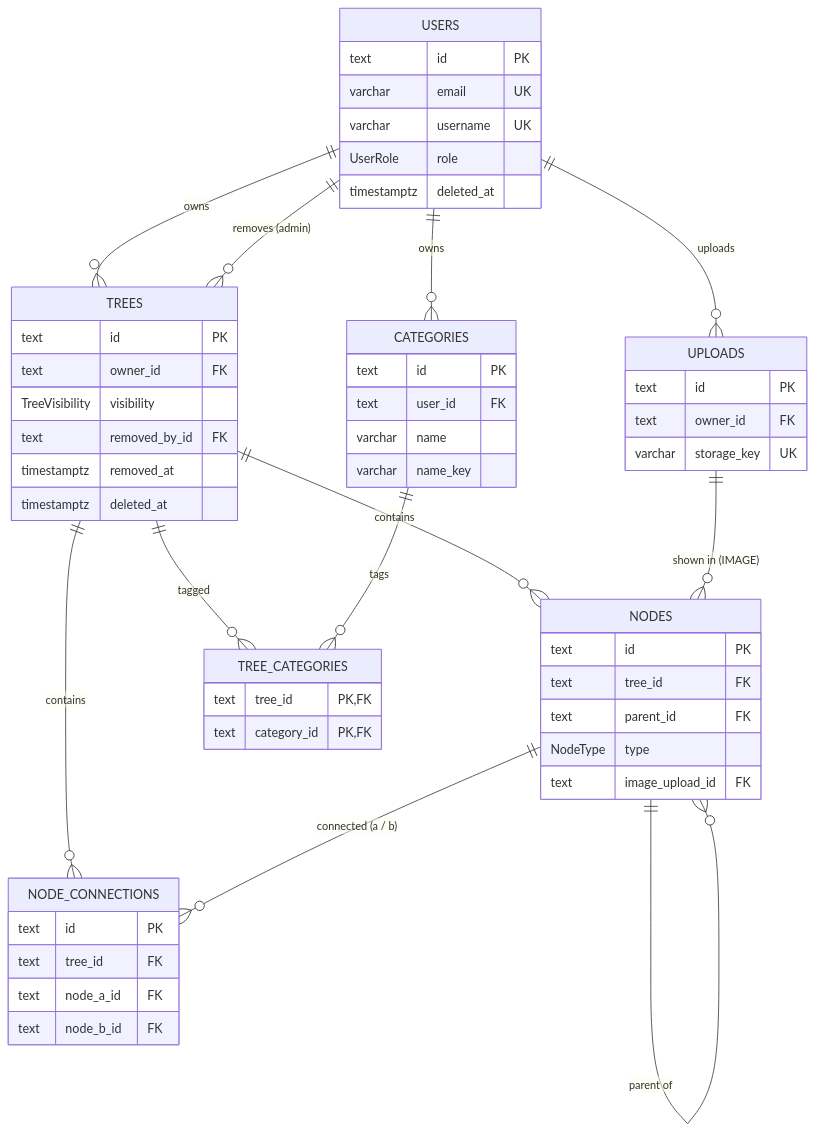
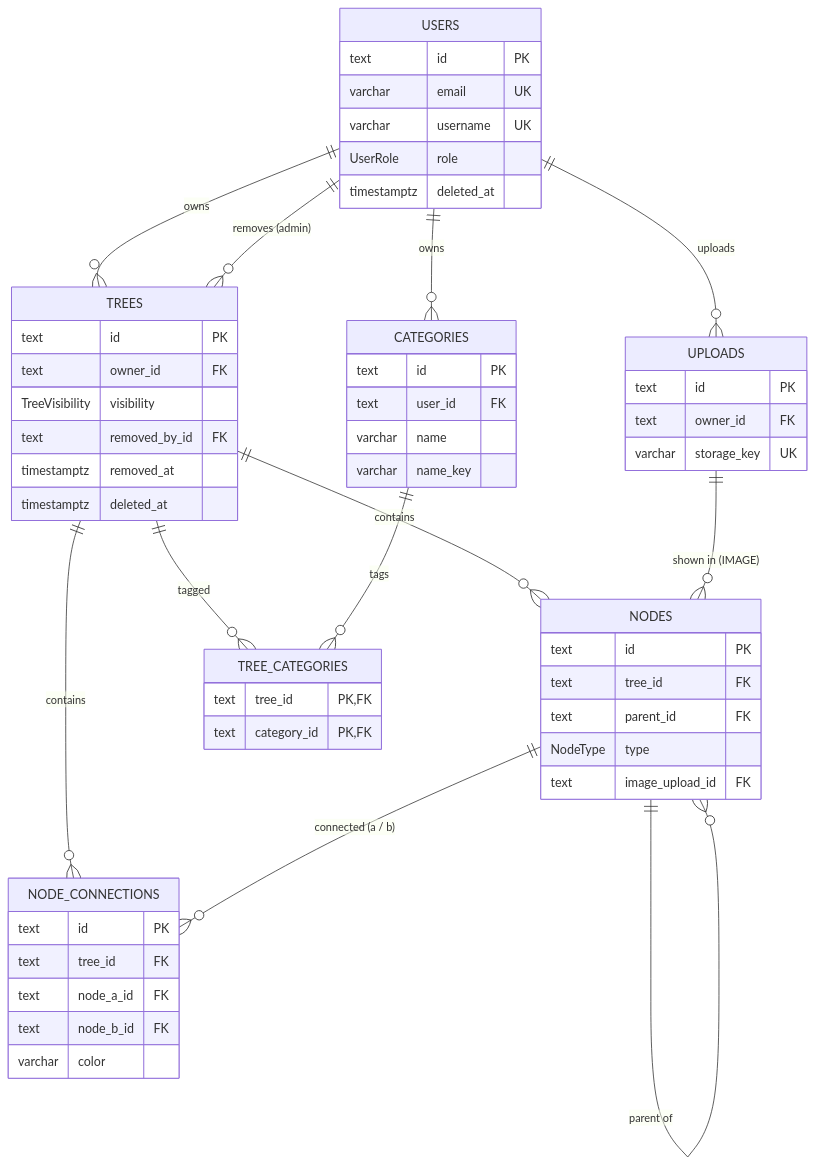
One commit to kenola12345/highdea_tree_app changed the diagram in manifests/common.md. Above: the diagram before and after it, drawn with Mermaid. The commit also changed other lines of this file and 19 other files, not shown here.

````diff
--- a/manifests/common.md
+++ b/manifests/common.md
@@ -104,58 +104,59 @@
 ```mermaid
 erDiagram
   USERS ||--o{ TREES : "owns"
   USERS ||--o{ TREES : "removes (admin)"
   USERS ||--o{ CATEGORIES : "owns"
   USERS ||--o{ UPLOADS : "uploads"
   TREES ||--o{ NODES : "contains"
   NODES ||--o{ NODES : "parent of"
   TREES ||--o{ NODE_CONNECTIONS : "contains"
   NODES ||--o{ NODE_CONNECTIONS : "connected (a / b)"
   UPLOADS ||--o{ NODES : "shown in (IMAGE)"
   TREES ||--o{ TREE_CATEGORIES : "tagged"
   CATEGORIES ||--o{ TREE_CATEGORIES : "tags"
 
   USERS {
     text id PK
     varchar email UK
     varchar username UK
     UserRole role
     timestamptz deleted_at
   }
   TREES {
     text id PK
     text owner_id FK
     TreeVisibility visibility
     text removed_by_id FK
     timestamptz removed_at
     timestamptz deleted_at
   }
   NODES {
     text id PK
     text tree_id FK
     text parent_id FK
     NodeType type
     text image_upload_id FK
   }
   NODE_CONNECTIONS {
     text id PK
     text tree_id FK
     text node_a_id FK
     text node_b_id FK
+    varchar color
   }
   CATEGORIES {
     text id PK
     text user_id FK
     varchar name
     varchar name_key
   }
   TREE_CATEGORIES {
     text tree_id PK,FK
     text category_id PK,FK
   }
   UPLOADS {
     text id PK
     text owner_id FK
     varchar storage_key UK
   }
 ```
````
